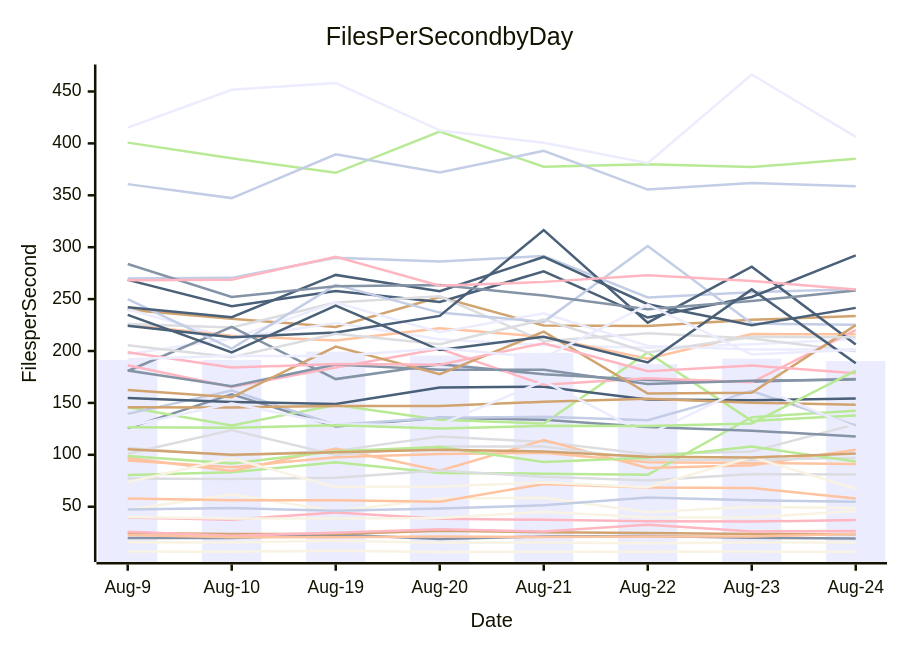
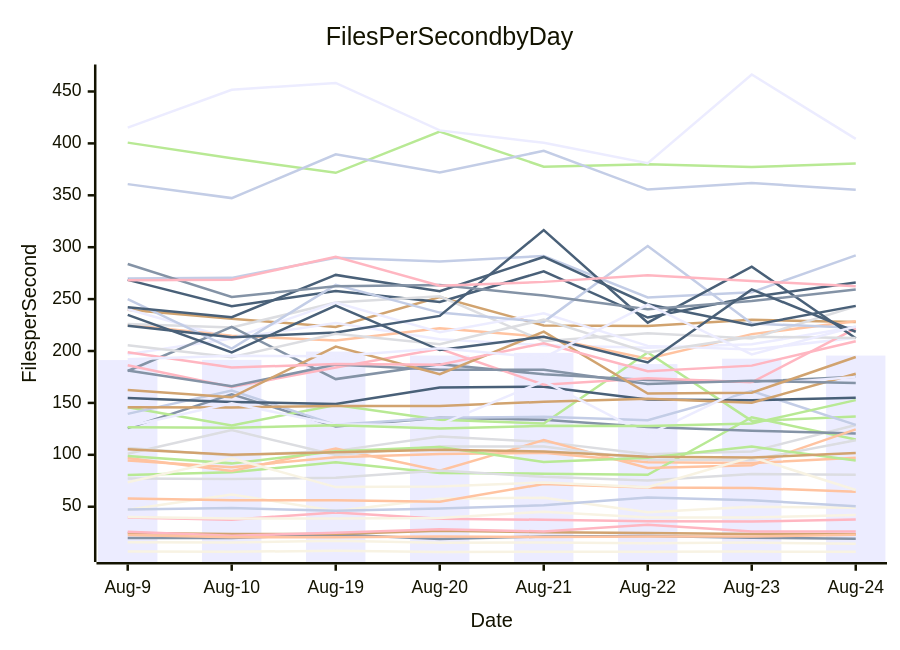
One commit to streetsidesoftware/cspell changed the diagram in perf-report.md. Above: the diagram before and after it, drawn with Mermaid. The commit also changed other lines of this file and 2 other files, not shown here.

````diff
--- a/perf-report.md
+++ b/perf-report.md
@@ -11,57 +11,57 @@
 ```mermaid
 xychart-beta
     title Files Per Second by Day
     y-axis Files per Second
     x-axis Date [Aug-9, Aug-10, Aug-19, Aug-20, Aug-21, Aug-22, Aug-23, Aug-24]
-    bar [191.27, 191.48, 199.45, 195.67, 198.22, 187.40, 192.61, 190.29]
-    line [19.76, 19.87, 23.15, 18.80, 21.30, 21.70, 20.11, 19.33]
-    line [94.45, 88.13, 97.66, 100.71, 101.93, 92.80, 92.11, 91.13]
-    line [106.66, 99.38, 103.80, 117.71, 112.47, 100.50, 103.30, 129.41]
-    line [80.61, 83.15, 92.81, 82.44, 81.86, 80.75, 136.22, 142.35]
-    line [239.79, 231.09, 223.10, 252.00, 224.60, 224.17, 230.06, 233.71]
-    line [269.81, 270.47, 289.77, 286.14, 291.59, 251.52, 256.69, 259.57]
-    line [39.52, 37.52, 44.46, 38.46, 37.42, 35.96, 35.65, 37.18]
-    line [268.54, 243.09, 257.77, 247.18, 276.72, 232.23, 252.08, 292.20]
-    line [6.78, 6.60, 7.51, 6.38, 6.72, 6.55, 6.77, 6.61]
-    line [240.17, 211.99, 227.00, 211.38, 205.51, 203.10, 206.43, 211.33]
-    line [125.68, 158.27, 127.25, 135.61, 133.76, 126.70, 123.28, 117.69]
-    line [225.24, 214.74, 210.02, 221.88, 213.58, 192.56, 216.27, 216.10]
-    line [225.91, 222.58, 246.74, 252.74, 209.47, 217.12, 212.13, 199.68]
-    line [145.75, 128.32, 148.05, 133.76, 130.09, 198.58, 132.66, 137.81]
-    line [24.65, 23.72, 23.68, 26.94, 25.51, 24.79, 23.76, 23.39]
-    line [139.45, 161.93, 128.87, 135.71, 136.66, 133.36, 161.38, 127.95]
-    line [25.95, 22.03, 24.86, 28.29, 26.21, 32.71, 26.20, 26.72]
-    line [154.75, 150.93, 149.02, 164.86, 165.64, 153.35, 152.64, 154.15]
-    line [15.80, 15.53, 17.25, 15.28, 15.49, 14.84, 15.46, 15.44]
-    line [196.97, 211.99, 246.59, 218.10, 236.31, 204.94, 201.38, 201.76]
-    line [180.75, 223.35, 172.94, 187.16, 177.68, 172.01, 170.49, 173.05]
-    line [96.93, 84.41, 106.12, 84.61, 114.12, 87.31, 89.99, 104.90]
-    line [77.16, 76.75, 77.91, 84.91, 78.76, 75.34, 81.46, 80.93]
-    line [400.74, 385.62, 371.65, 411.46, 377.61, 379.88, 377.18, 385.18]
-    line [145.79, 145.58, 147.10, 147.08, 151.07, 153.94, 150.27, 148.30]
-    line [249.96, 202.34, 263.67, 236.99, 228.06, 301.20, 226.40, 225.27]
-    line [186.27, 165.43, 184.07, 202.12, 167.51, 173.85, 169.85, 220.14]
-    line [224.37, 213.27, 217.89, 233.79, 316.48, 227.32, 281.23, 206.20]
-    line [47.00, 61.84, 45.89, 57.63, 58.67, 44.77, 49.92, 48.65]
-    line [127.47, 149.55, 129.16, 129.10, 170.99, 119.13, 167.47, 125.86]
-    line [181.18, 166.12, 186.93, 181.85, 181.88, 168.34, 171.35, 172.55]
-    line [57.90, 56.15, 56.35, 54.76, 71.89, 68.47, 68.09, 57.95]
-    line [101.07, 123.80, 99.87, 108.06, 107.98, 95.34, 94.96, 97.19]
-    line [98.84, 91.76, 103.43, 107.49, 93.08, 97.11, 107.90, 93.52]
-    line [162.48, 155.40, 204.32, 177.59, 218.64, 159.00, 159.79, 224.94]
-    line [360.76, 347.31, 389.41, 371.89, 392.82, 355.53, 361.83, 358.72]
-    line [198.91, 184.05, 187.41, 186.67, 207.48, 180.49, 185.92, 178.53]
-    line [242.10, 232.62, 273.32, 257.69, 290.62, 245.10, 224.83, 241.56]
-    line [73.60, 96.61, 68.89, 69.48, 73.38, 68.77, 97.84, 67.30]
-    line [415.14, 451.69, 458.22, 412.53, 400.53, 380.98, 466.37, 406.30]
-    line [283.77, 252.09, 262.36, 263.68, 253.37, 240.18, 248.22, 258.39]
-    line [22.84, 20.59, 20.47, 21.22, 20.90, 21.42, 21.40, 23.95]
-    line [205.56, 193.98, 216.67, 206.61, 230.20, 198.53, 213.69, 213.31]
-    line [126.64, 126.17, 128.45, 125.27, 127.94, 127.77, 130.20, 181.09]
-    line [105.46, 100.11, 102.43, 104.89, 103.21, 98.21, 97.36, 101.18]
-    line [47.26, 48.66, 46.00, 48.26, 51.42, 58.83, 56.30, 54.82]
-    line [268.09, 268.70, 290.78, 262.94, 266.60, 272.93, 267.45, 259.30]
-    line [234.76, 198.61, 243.75, 200.90, 213.71, 188.91, 259.37, 188.24]
-    line [39.98, 38.63, 38.64, 39.11, 45.24, 39.50, 39.66, 45.76]
-    line [192.03, 195.48, 194.87, 202.54, 193.62, 244.63, 196.70, 201.20]
+    bar [191.27, 191.48, 199.45, 195.67, 198.22, 187.40, 192.61, 195.61]
+    line [19.76, 19.87, 23.15, 18.80, 21.30, 21.70, 20.11, 19.24]
+    line [94.45, 88.13, 97.66, 100.71, 101.93, 92.80, 92.11, 97.07]
+    line [106.66, 99.38, 103.80, 117.71, 112.47, 100.50, 103.30, 128.71]
+    line [80.61, 83.15, 92.81, 82.44, 81.86, 80.75, 136.22, 114.72]
+    line [239.79, 231.09, 223.10, 252.00, 224.60, 224.17, 230.06, 227.93]
+    line [269.81, 270.47, 289.77, 286.14, 291.59, 251.52, 256.69, 292.19]
+    line [39.52, 37.52, 44.46, 38.46, 37.42, 35.96, 35.65, 37.61]
+    line [268.54, 243.09, 257.77, 247.18, 276.72, 232.23, 252.08, 266.01]
+    line [6.78, 6.60, 7.51, 6.38, 6.72, 6.55, 6.77, 6.55]
+    line [240.17, 211.99, 227.00, 211.38, 205.51, 203.10, 206.43, 223.33]
+    line [125.68, 158.27, 127.25, 135.61, 133.76, 126.70, 123.28, 120.42]
+    line [225.24, 214.74, 210.02, 221.88, 213.58, 192.56, 216.27, 228.68]
+    line [225.91, 222.58, 246.74, 252.74, 209.47, 217.12, 212.13, 242.98]
+    line [145.75, 128.32, 148.05, 133.76, 130.09, 198.58, 132.66, 136.89]
+    line [24.65, 23.72, 23.68, 26.94, 25.51, 24.79, 23.76, 23.53]
+    line [139.45, 161.93, 128.87, 135.71, 136.66, 133.36, 161.38, 128.87]
+    line [25.95, 22.03, 24.86, 28.29, 26.21, 32.71, 26.20, 26.09]
+    line [154.75, 150.93, 149.02, 164.86, 165.64, 153.35, 152.64, 155.02]
+    line [15.80, 15.53, 17.25, 15.28, 15.49, 14.84, 15.46, 14.39]
+    line [196.97, 211.99, 246.59, 218.10, 236.31, 204.94, 201.38, 212.81]
+    line [180.75, 223.35, 172.94, 187.16, 177.68, 172.01, 170.49, 175.09]
+    line [96.93, 84.41, 106.12, 84.61, 114.12, 87.31, 89.99, 124.55]
+    line [77.16, 76.75, 77.91, 84.91, 78.76, 75.34, 81.46, 80.77]
+    line [400.74, 385.62, 371.65, 411.46, 377.61, 379.88, 377.18, 380.64]
+    line [145.79, 145.58, 147.10, 147.08, 151.07, 153.94, 150.27, 178.09]
+    line [249.96, 202.34, 263.67, 236.99, 228.06, 301.20, 226.40, 222.40]
+    line [186.27, 165.43, 184.07, 202.12, 167.51, 173.85, 169.85, 221.75]
+    line [224.37, 213.27, 217.89, 233.79, 316.48, 227.32, 281.23, 212.31]
+    line [47.00, 61.84, 45.89, 57.63, 58.67, 44.77, 49.92, 49.06]
+    line [127.47, 149.55, 129.16, 129.10, 170.99, 119.13, 167.47, 175.06]
+    line [181.18, 166.12, 186.93, 181.85, 181.88, 168.34, 171.35, 169.12]
+    line [57.90, 56.15, 56.35, 54.76, 71.89, 68.47, 68.09, 64.39]
+    line [101.07, 123.80, 99.87, 108.06, 107.98, 95.34, 94.96, 114.12]
+    line [98.84, 91.76, 103.43, 107.49, 93.08, 97.11, 107.90, 94.53]
+    line [162.48, 155.40, 204.32, 177.59, 218.64, 159.00, 159.79, 194.26]
+    line [360.76, 347.31, 389.41, 371.89, 392.82, 355.53, 361.83, 355.43]
+    line [198.91, 184.05, 187.41, 186.67, 207.48, 180.49, 185.92, 209.38]
+    line [242.10, 232.62, 273.32, 257.69, 290.62, 245.10, 224.83, 243.49]
+    line [73.60, 96.61, 68.89, 69.48, 73.38, 68.77, 97.84, 66.15]
+    line [415.14, 451.69, 458.22, 412.53, 400.53, 380.98, 466.37, 404.40]
+    line [283.77, 252.09, 262.36, 263.68, 253.37, 240.18, 248.22, 259.20]
+    line [22.84, 20.59, 20.47, 21.22, 20.90, 21.42, 21.40, 22.88]
+    line [205.56, 193.98, 216.67, 206.61, 230.20, 198.53, 213.69, 212.64]
+    line [126.64, 126.17, 128.45, 125.27, 127.94, 127.77, 130.20, 152.67]
+    line [105.46, 100.11, 102.43, 104.89, 103.21, 98.21, 97.36, 101.78]
+    line [47.26, 48.66, 46.00, 48.26, 51.42, 58.83, 56.30, 50.38]
+    line [268.09, 268.70, 290.78, 262.94, 266.60, 272.93, 267.45, 262.37]
+    line [234.76, 198.61, 243.75, 200.90, 213.71, 188.91, 259.37, 218.53]
+    line [39.98, 38.63, 38.64, 39.11, 45.24, 39.50, 39.66, 42.07]
+    line [192.03, 195.48, 194.87, 202.54, 193.62, 244.63, 196.70, 223.56]
 ```
````
